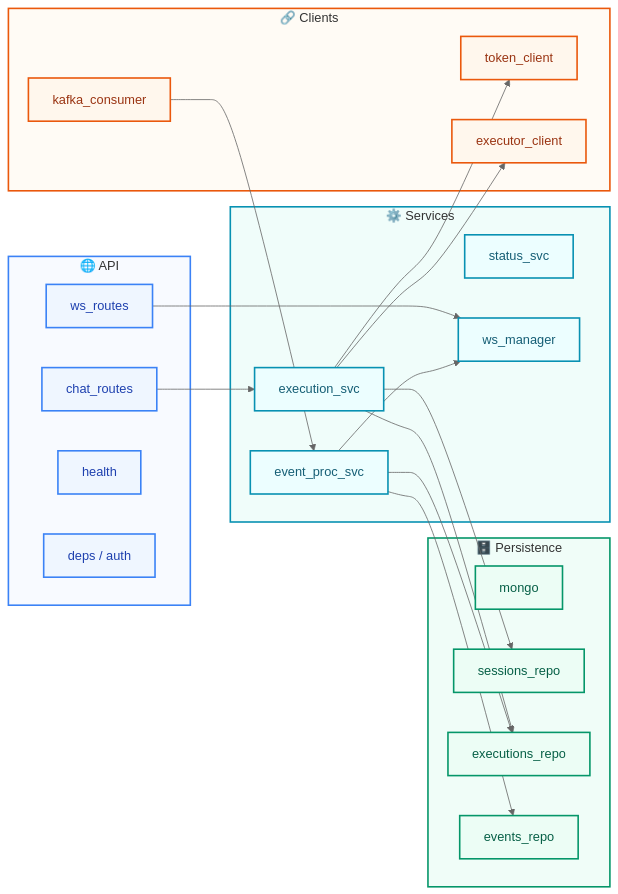
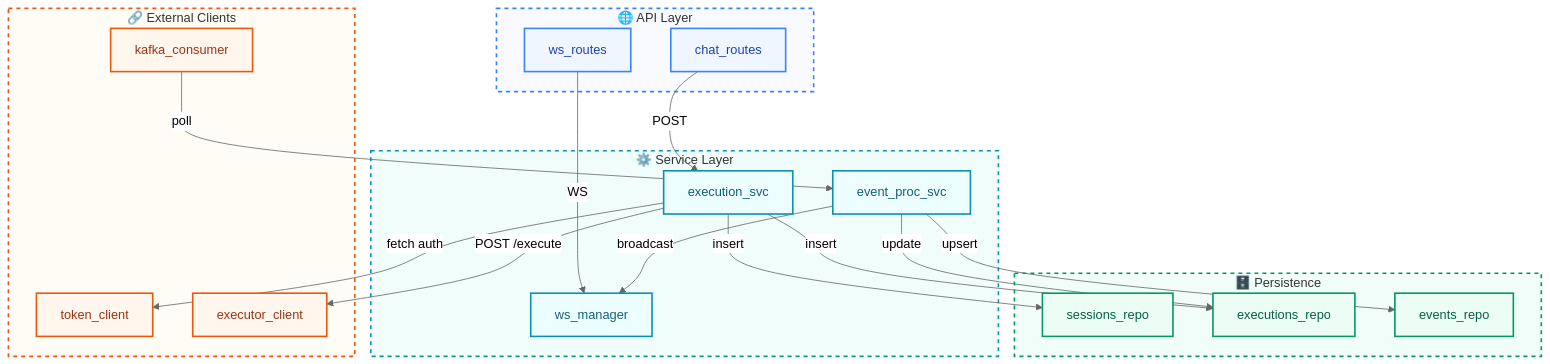
Before and after one commit to sana-work/middleware: the second of 8 diagrams in walkthrough_diagram_pack.md, drawn with Mermaid (neutral theme).

````diff
--- a/walkthrough_diagram_pack.md
+++ b/walkthrough_diagram_pack.md
@@ -71,47 +71,58 @@
 ```mermaid
-graph LR
+graph TD
     classDef api fill:#eff6ff,stroke:#3b82f6,stroke-width:2px,color:#1e40af
     classDef svc fill:#ecfeff,stroke:#0891b2,stroke-width:2px,color:#155e75
     classDef ext fill:#fff7ed,stroke:#ea580c,stroke-width:2px,color:#9a3412
     classDef db fill:#ecfdf5,stroke:#059669,stroke-width:2px,color:#065f46
 
-    subgraph API ["🌐 API"]
+    subgraph L1 ["🌐 API Layer"]
         CR[chat_routes]:::api
         WR[ws_routes]:::api
-        HR[health]:::api
-        DP[deps / auth]:::api
     end
 
-    subgraph SVC ["⚙️ Services"]
+    subgraph L2 ["⚙️ Service Layer"]
         CES[execution_svc]:::svc
         EPS[event_proc_svc]:::svc
-        SS[status_svc]:::svc
         WM[ws_manager]:::svc
     end
 
-    subgraph EXT ["🔗 Clients"]
+    subgraph L3 ["🔗 External Clients"]
         TC[token_client]:::ext
         BEC[executor_client]:::ext
         KC[kafka_consumer]:::ext
     end
 
-    subgraph DB ["🗄️ Persistence"]
-        MO[mongo]:::db
+    subgraph L4 ["🗄️ Persistence"]
         SR[sessions_repo]:::db
         ER[executions_repo]:::db
         EVR[events_repo]:::db
     end
 
-    CR --> CES
-    WR --> WM
-    CES --> SR & ER
-    CES --> TC & BEC
-    KC --> EPS
-    EPS --> EVR & ER
-    EPS --> WM
+    %% Enforce Layering
+    L1 ~~~ L2
+    L2 ~~~ L3
+    L2 ~~~ L4
 
-    style API fill:#f8faff,stroke:#3b82f6,stroke-width:2px
-    style SVC fill:#f0fdfa,stroke:#0891b2,stroke-width:2px
-    style EXT fill:#fffbf5,stroke:#ea580c,stroke-width:2px
-    style DB fill:#f0fdf8,stroke:#059669,stroke-width:2px
+    %% API to Services
+    CR -->|POST| CES
+    WR -->|WS| WM
+
+    %% Services to Clients
+    CES -->|fetch auth| TC
+    CES -->|POST /execute| BEC
+    KC -->|poll| EPS
+
+    %% Services to DB
+    CES -->|insert| SR
+    CES -->|insert| ER
+    EPS -->|upsert| EVR
+    EPS -->|update| ER
+
+    %% Internal Service
+    EPS -->|broadcast| WM
+
+    style L1 fill:#f8faff,stroke:#3b82f6,stroke-width:2px,stroke-dasharray: 5 5
+    style L2 fill:#f0fdfa,stroke:#0891b2,stroke-width:2px,stroke-dasharray: 5 5
+    style L3 fill:#fffbf5,stroke:#ea580c,stroke-width:2px,stroke-dasharray: 5 5
+    style L4 fill:#f0fdf8,stroke:#059669,stroke-width:2px,stroke-dasharray: 5 5
 ```
````
